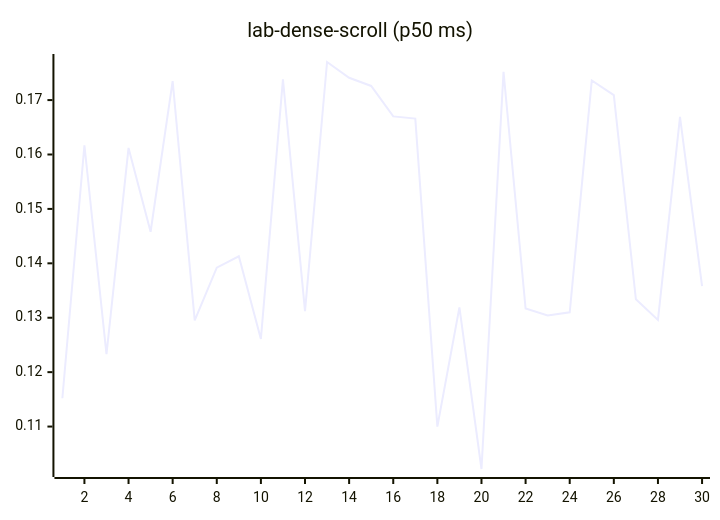
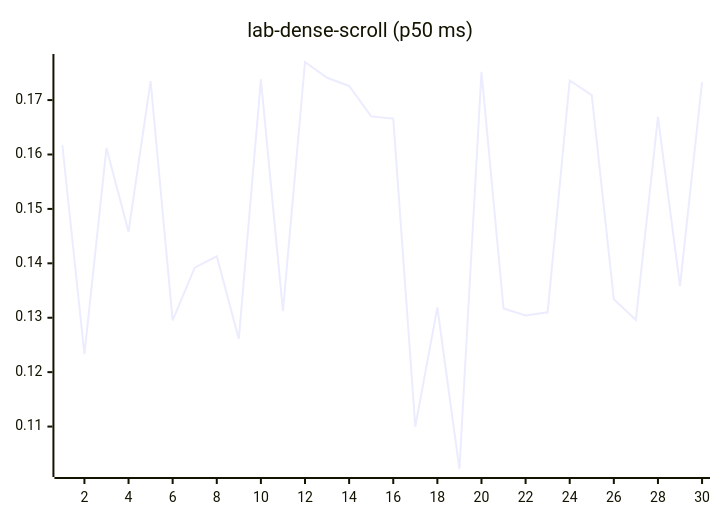
One commit to josha/Facet changed diagram 12 of 27 in README.md. Above: the diagram before and after it, drawn with Mermaid. The commit also changed other lines of this file and 2 other files, not shown here.

````diff
--- a/README.md
+++ b/README.md
@@ -140,6 +140,6 @@
 ```mermaid
 xychart-beta
     title "lab-dense-scroll (p50 ms)"
     x-axis 1 --> 30
-    line [0.1152, 0.1617, 0.1233, 0.1612, 0.1458, 0.1735, 0.1295, 0.1392, 0.1413, 0.1261, 0.1738, 0.1312, 0.1770, 0.1741, 0.1726, 0.1670, 0.1666, 0.1100, 0.1319, 0.1022, 0.1752, 0.1317, 0.1304, 0.1310, 0.1736, 0.1709, 0.1334, 0.1296, 0.1669, 0.1358]
+    line [0.1617, 0.1233, 0.1612, 0.1458, 0.1735, 0.1295, 0.1392, 0.1413, 0.1261, 0.1738, 0.1312, 0.1770, 0.1741, 0.1726, 0.1670, 0.1666, 0.1100, 0.1319, 0.1022, 0.1752, 0.1317, 0.1304, 0.1310, 0.1736, 0.1709, 0.1334, 0.1296, 0.1669, 0.1358, 0.1733]
 ```
````
